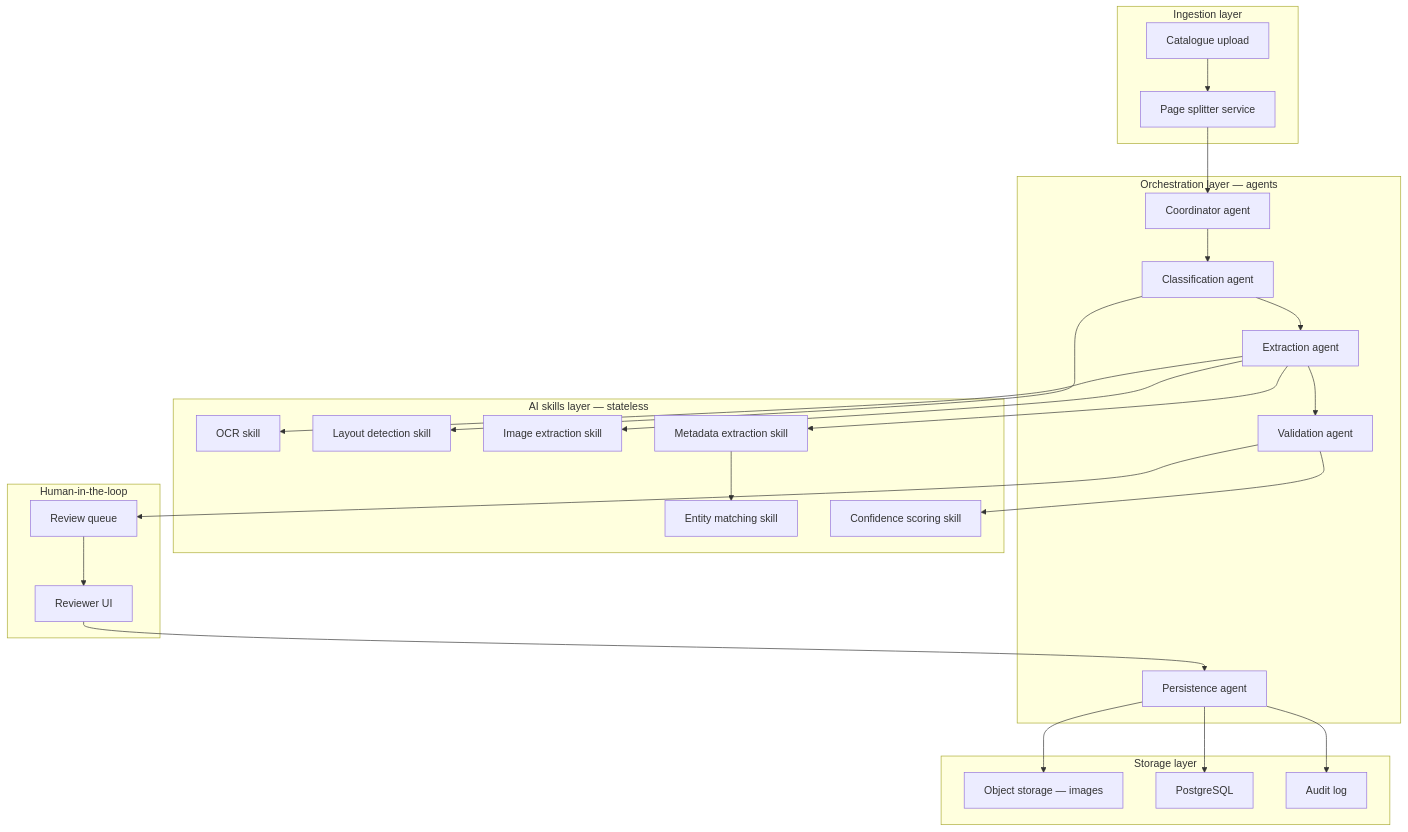
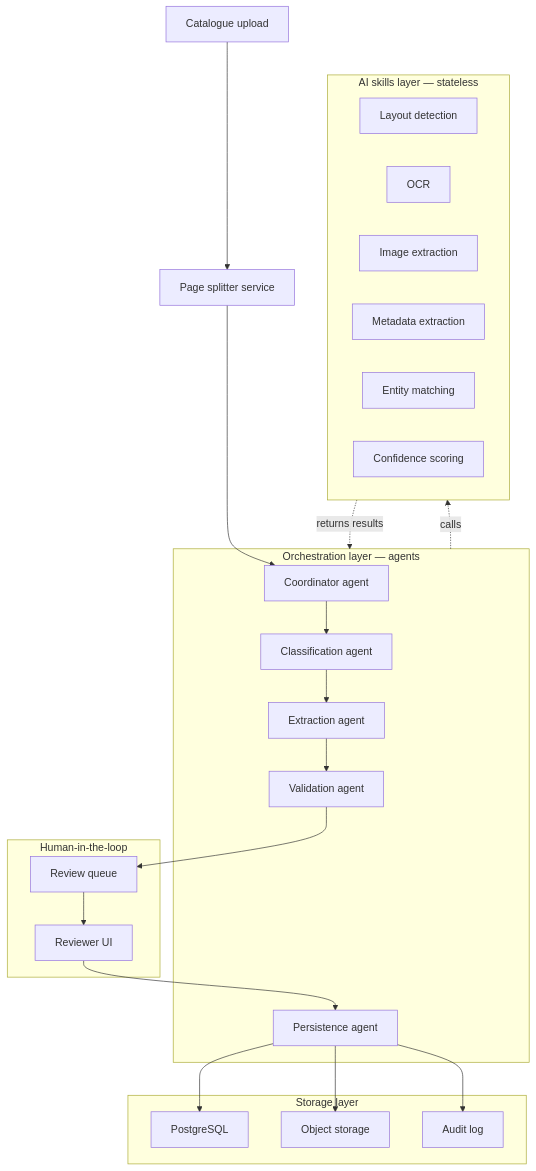
One commit to Sandhya-d/agentic-document-processing changed the diagram in diagrams/architecture.md. Above: the diagram before and after it, drawn with Mermaid. The commit also changed other lines of this file, not shown here.

Commit message:
Simplify architecture diagram: cluster-level connections instead of per-node arrows to fix layout tangle

````diff
--- a/diagrams/architecture.md
+++ b/diagrams/architecture.md
@@ -10,52 +12,42 @@
 ```mermaid
 flowchart TB
-    subgraph INGEST["Ingestion layer"]
-        UPLOAD["Catalogue upload"]
-        SPLIT["Page splitter service"]
-    end
+    UPLOAD["Catalogue upload"] --> SPLIT["Page splitter service"] --> COORD
 
     subgraph ORCH["Orchestration layer — agents"]
         COORD["Coordinator agent"]
         CLASS["Classification agent"]
         EXTRACT["Extraction agent"]
         VALID["Validation agent"]
         PERSIST["Persistence agent"]
+        COORD --> CLASS --> EXTRACT --> VALID
     end
 
     subgraph SKILLS["AI skills layer — stateless"]
-        OCR["OCR skill"]
-        LAYOUT["Layout detection skill"]
-        IMGEXT["Image extraction skill"]
-        META["Metadata extraction skill"]
-        MATCH["Entity matching skill"]
-        CONF["Confidence scoring skill"]
+        LAYOUT["Layout detection"]
+        OCR["OCR"]
+        IMGEXT["Image extraction"]
+        META["Metadata extraction"]
+        MATCH["Entity matching"]
+        CONF["Confidence scoring"]
     end
 
+    ORCH -. "calls" .-> SKILLS
+    SKILLS -. "returns results" .-> ORCH
+
     subgraph HITL["Human-in-the-loop"]
-        QUEUE["Review queue"]
-        REVIEWER["Reviewer UI"]
+        QUEUE["Review queue"] --> REVIEWER["Reviewer UI"]
     end
 
+    VALID --> QUEUE
+    REVIEWER --> PERSIST
+
     subgraph STORE["Storage layer"]
-        OBJSTORE["Object storage — images"]
         PGDB["PostgreSQL"]
+        OBJSTORE["Object storage"]
         AUDIT["Audit log"]
     end
 
-    UPLOAD --> SPLIT --> COORD
-    COORD --> CLASS
-    CLASS --> LAYOUT
-    CLASS --> EXTRACT
-    EXTRACT --> OCR
-    EXTRACT --> IMGEXT
-    EXTRACT --> META
-    META --> MATCH
-    EXTRACT --> VALID
-    VALID --> CONF
-    VALID --> QUEUE
-    QUEUE --> REVIEWER
-    REVIEWER --> PERSIST
     PERSIST --> PGDB
     PERSIST --> OBJSTORE
     PERSIST --> AUDIT
 ```
````
